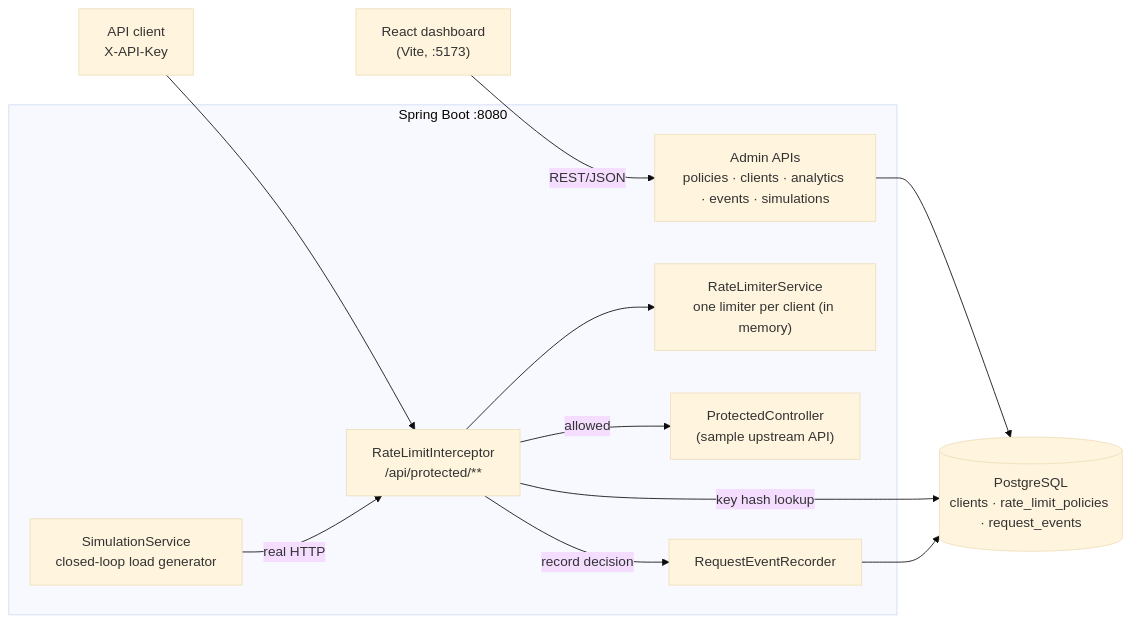
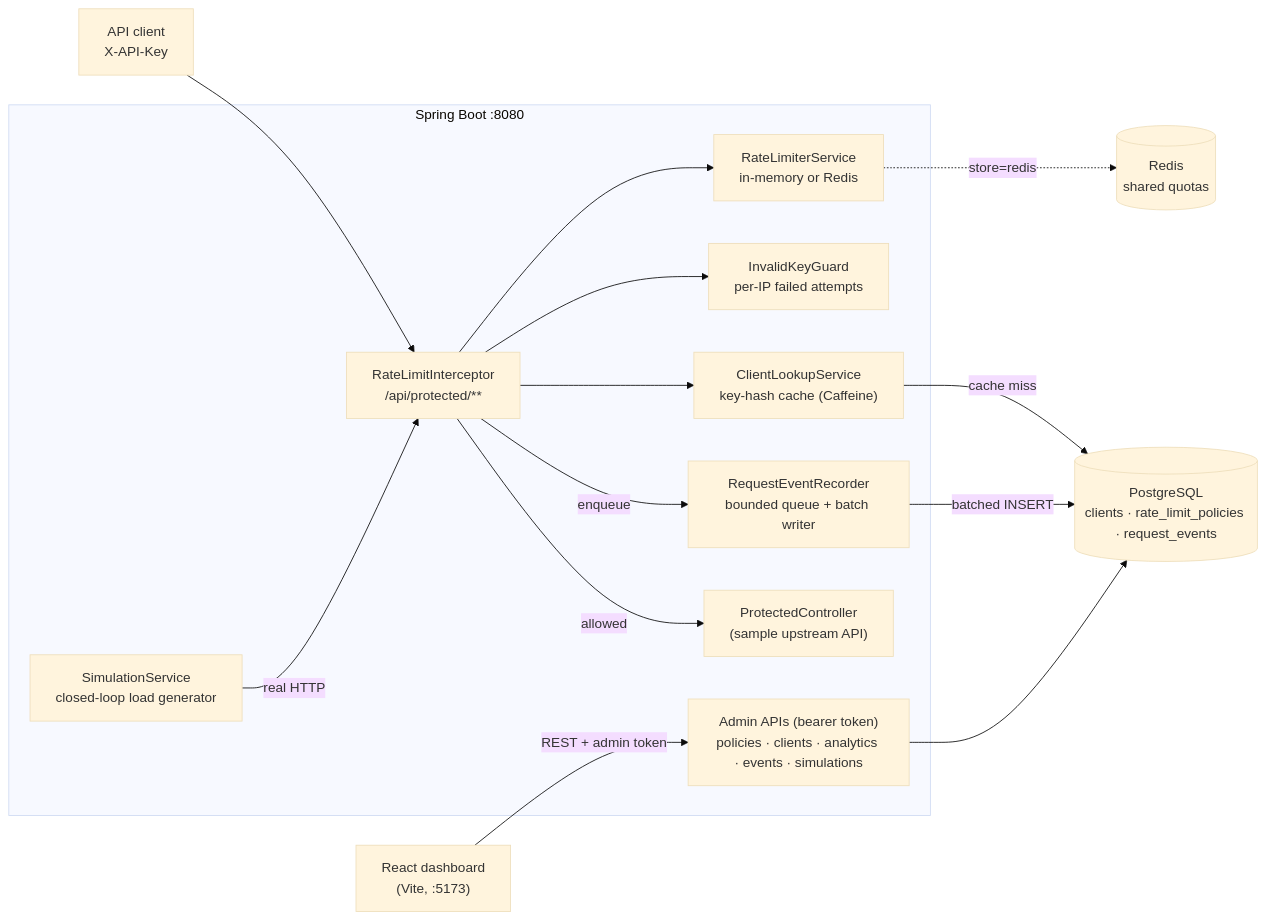
One commit to NehaPawar65/PulseGate changed the diagram in README.md. Above: the diagram before and after it, drawn with Mermaid (base theme). The commit also changed other lines of this file and 47 other files, not shown here.

Commit message:
admin auth, invalid-key guard, Redis limiter, client cache, async events, CI

````diff
--- a/README.md
+++ b/README.md
@@ -24,15 +29,18 @@
 ```mermaid
 flowchart LR
-    UI["React dashboard<br/>(Vite, :5173)"] -- REST/JSON --> API
+    UI["React dashboard<br/>(Vite, :5173)"] -- "REST + admin token" --> API
     Caller["API client<br/>X-API-Key"] --> GW
     subgraph Spring Boot :8080
-      API["Admin APIs<br/>policies · clients · analytics · events · simulations"]
-      GW["RateLimitInterceptor<br/>/api/protected/**"] --> RL["RateLimiterService<br/>one limiter per client (in memory)"]
+      API["Admin APIs (bearer token)<br/>policies · clients · analytics · events · simulations"]
+      GW["RateLimitInterceptor<br/>/api/protected/**"] --> IKG["InvalidKeyGuard<br/>per-IP failed attempts"]
+      GW --> CL["ClientLookupService<br/>key-hash cache (Caffeine)"]
+      GW --> RL["RateLimiterService<br/>in-memory or Redis"]
       GW -- allowed --> P["ProtectedController<br/>(sample upstream API)"]
-      GW -- record decision --> REC["RequestEventRecorder"]
+      GW -- enqueue --> REC["RequestEventRecorder<br/>bounded queue + batch writer"]
       SIM["SimulationService<br/>closed-loop load generator"] -- real HTTP --> GW
     end
-    API --> DB[(PostgreSQL<br/>clients · rate_limit_policies · request_events)]
-    GW -- key hash lookup --> DB
-    REC --> DB
+    CL -- cache miss --> DB[(PostgreSQL<br/>clients · rate_limit_policies · request_events)]
+    REC -- batched INSERT --> DB
+    API --> DB
+    RL -. "store=redis" .-> R[(Redis<br/>shared quotas)]
 ```
````
